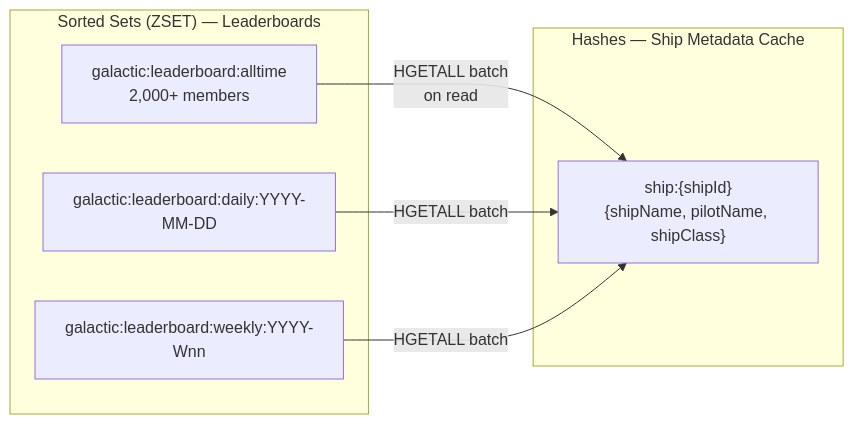
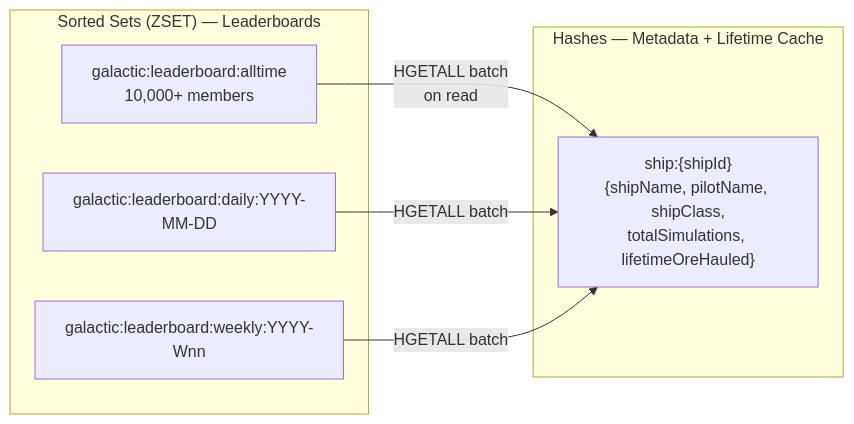
One commit to rickrams/galactic-mining-league changed the third of 5 diagrams in ARCHITECTURE.md. Above: the diagram before and after it, drawn with Mermaid. The commit also changed other lines of this file, not shown here.

Commit message:
Update ARCHITECTURE.md: fix ElastiCache Serverless naming, add load test flow, write-through detail, remove stale NAT references

````diff
--- a/ARCHITECTURE.md
+++ b/ARCHITECTURE.md
@@ -66,16 +74,16 @@
 ```mermaid
 graph LR
     subgraph "Sorted Sets (ZSET) — Leaderboards"
-        A["galactic:leaderboard:alltime<br/>2,000+ members"]
+        A["galactic:leaderboard:alltime<br/>10,000+ members"]
         B["galactic:leaderboard:daily:YYYY-MM-DD"]
         C["galactic:leaderboard:weekly:YYYY-Wnn"]
     end
 
-    subgraph "Hashes — Ship Metadata Cache"
-        H["ship:{shipId}<br/>{shipName, pilotName, shipClass}"]
+    subgraph "Hashes — Metadata + Lifetime Cache"
+        H["ship:{shipId}<br/>{shipName, pilotName, shipClass,<br/>totalSimulations, lifetimeOreHauled}"]
     end
 
     A -->|"HGETALL batch<br/>on read"| H
     B -->|"HGETALL batch"| H
     C -->|"HGETALL batch"| H
 ```
````
